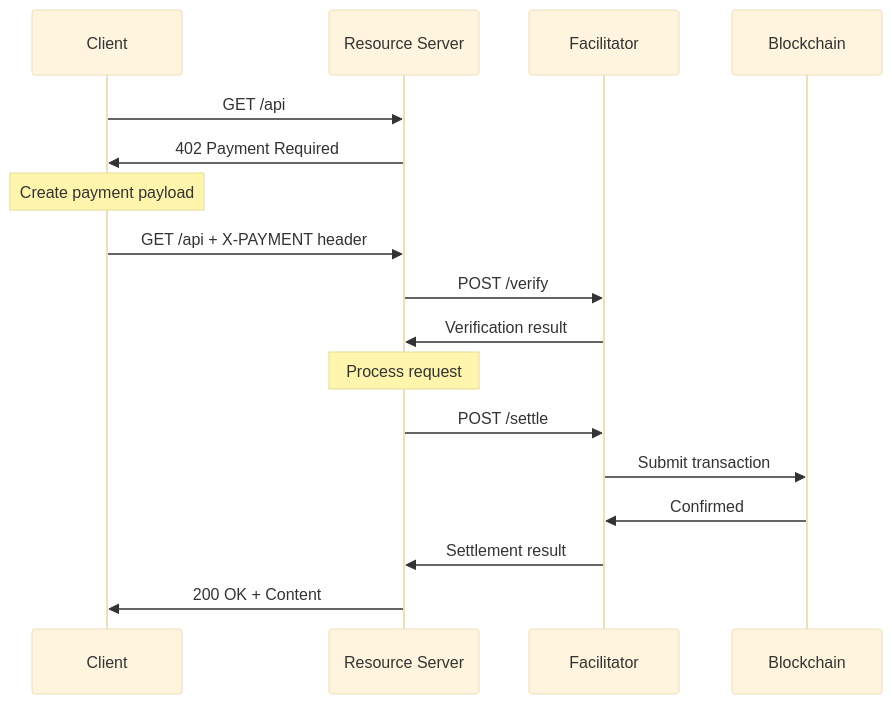
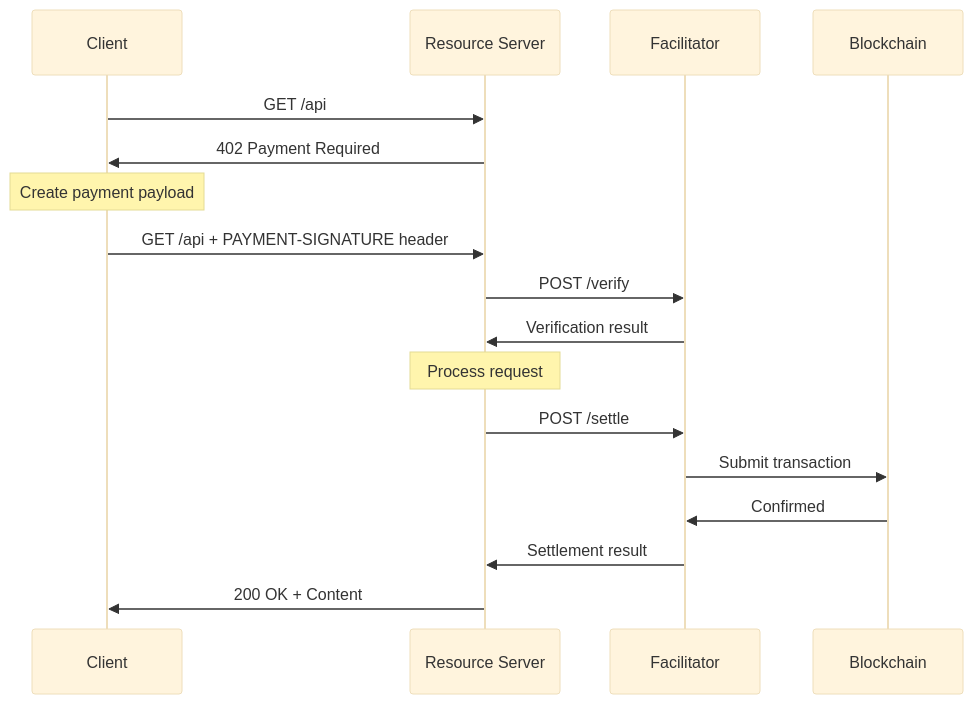
One commit to t402-io/t402 changed the diagram in README.md. Above: the diagram before and after it, drawn with Mermaid (base theme). The commit also changed other lines of this file and 31 other files, not shown here.

````diff
--- a/README.md
+++ b/README.md
@@ -289,20 +293,20 @@
 ```mermaid
 sequenceDiagram
     participant Client
     participant Server as Resource Server
     participant Facilitator
     participant Blockchain
 
     Client->>Server: GET /api
     Server->>Client: 402 Payment Required
     Note over Client: Create payment payload
-    Client->>Server: GET /api + X-PAYMENT header
+    Client->>Server: GET /api + PAYMENT-SIGNATURE header
     Server->>Facilitator: POST /verify
     Facilitator->>Server: Verification result
     Note over Server: Process request
     Server->>Facilitator: POST /settle
     Facilitator->>Blockchain: Submit transaction
     Blockchain->>Facilitator: Confirmed
     Facilitator->>Server: Settlement result
     Server->>Client: 200 OK + Content
 ```
````
